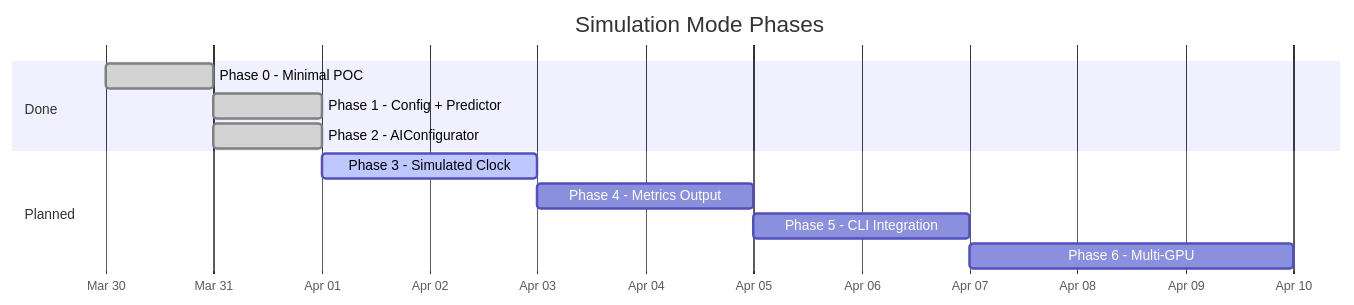
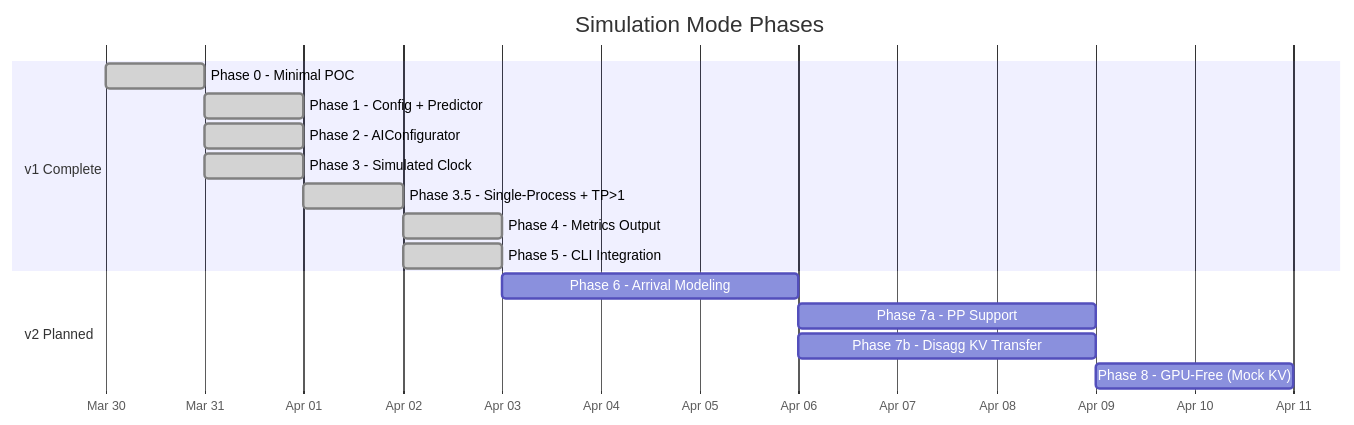
Before and after one commit to NVIDIA/TensorRT-LLM: the first of 4 diagrams in slop/specs/2026-03-30-simulation-mode-design.md, drawn with Mermaid. The commit also changed other lines of this file, not shown here.

First line of the commit message:
docs: Update roadmap with post-v1 findings and refined future phases

````diff
--- a/slop/specs/2026-03-30-simulation-mode-design.md
+++ b/slop/specs/2026-03-30-simulation-mode-design.md
@@ -15,17 +15,21 @@
 ```mermaid
 gantt
     title Simulation Mode Phases
     dateFormat YYYY-MM-DD
     axisFormat %b %d
 
-    section Done
+    section v1 Complete
     Phase 0 - Minimal POC              :done, p0, 2026-03-30, 1d
     Phase 1 - Config + Predictor        :done, p1, 2026-03-31, 1d
     Phase 2 - AIConfigurator            :done, p2, 2026-03-31, 1d
+    Phase 3 - Simulated Clock           :done, p3, 2026-03-31, 1d
+    Phase 3.5 - Single-Process + TP>1   :done, p35, 2026-04-01, 1d
+    Phase 4 - Metrics Output            :done, p4, 2026-04-02, 1d
+    Phase 5 - CLI Integration           :done, p5, 2026-04-02, 1d
 
-    section Planned
-    Phase 3 - Simulated Clock           :active, p3, 2026-04-01, 2d
-    Phase 4 - Metrics Output            :p4, after p3, 2d
-    Phase 5 - CLI Integration           :p5, after p4, 2d
-    Phase 6 - Multi-GPU                 :p6, after p5, 3d
+    section v2 Planned
+    Phase 6 - Arrival Modeling           :p6, 2026-04-03, 3d
+    Phase 7a - PP Support               :p7a, after p6, 3d
+    Phase 7b - Disagg KV Transfer       :p7b, after p6, 3d
+    Phase 8 - GPU-Free (Mock KV)        :p8, after p7a, 2d
 ```
````
